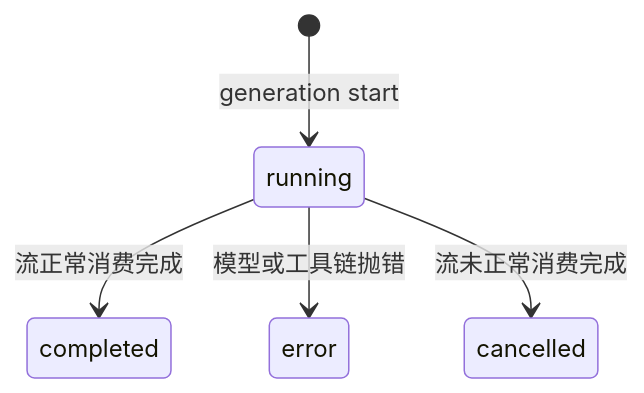
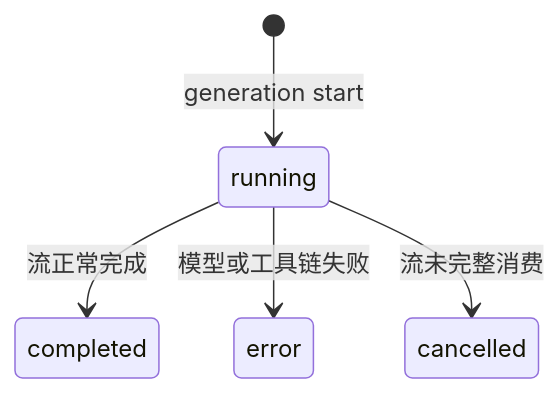
The fifth of 6 diagrams in docs/modules/observability.md (yiting001/agent), drawn with Mermaid before and after one commit. The commit also changed other lines of this file and 112 other files, not shown here.

````diff
--- a/docs/modules/observability.md
+++ b/docs/modules/observability.md
@@ -216,7 +264,7 @@
 ```mermaid
 stateDiagram-v2
   [*] --> running: generation start
-  running --> completed: 流正常消费完成
-  running --> error: 模型或工具链抛错
-  running --> cancelled: 流未正常消费完成
+  running --> completed: 流正常完成
+  running --> error: 模型或工具链失败
+  running --> cancelled: 流未完整消费
 ```
````
